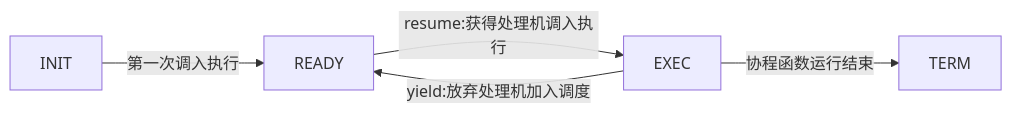
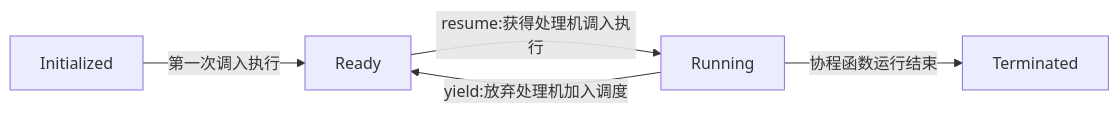
Before and after one commit to Meha555/server-framework: the diagram in doc/design/fiber.md, drawn with Mermaid. The commit also changed 102 other files, not shown here.

````diff
--- a/doc/design/fiber.md
+++ b/doc/design/fiber.md
@@ -116,7 +116,7 @@
 ```mermaid
 graph LR
-INIT -->|第一次调入执行| READY
-READY -->|resume:获得处理机调入执行| EXEC
-EXEC -->|yield:放弃处理机加入调度| READY
-EXEC -->|协程函数运行结束| TERM
+Initialized -->|第一次调入执行| Ready
+Ready -->|resume:获得处理机调入执行| Running
+Running -->|yield:放弃处理机加入调度| Ready
+Running -->|协程函数运行结束| Terminated
 ```
````
